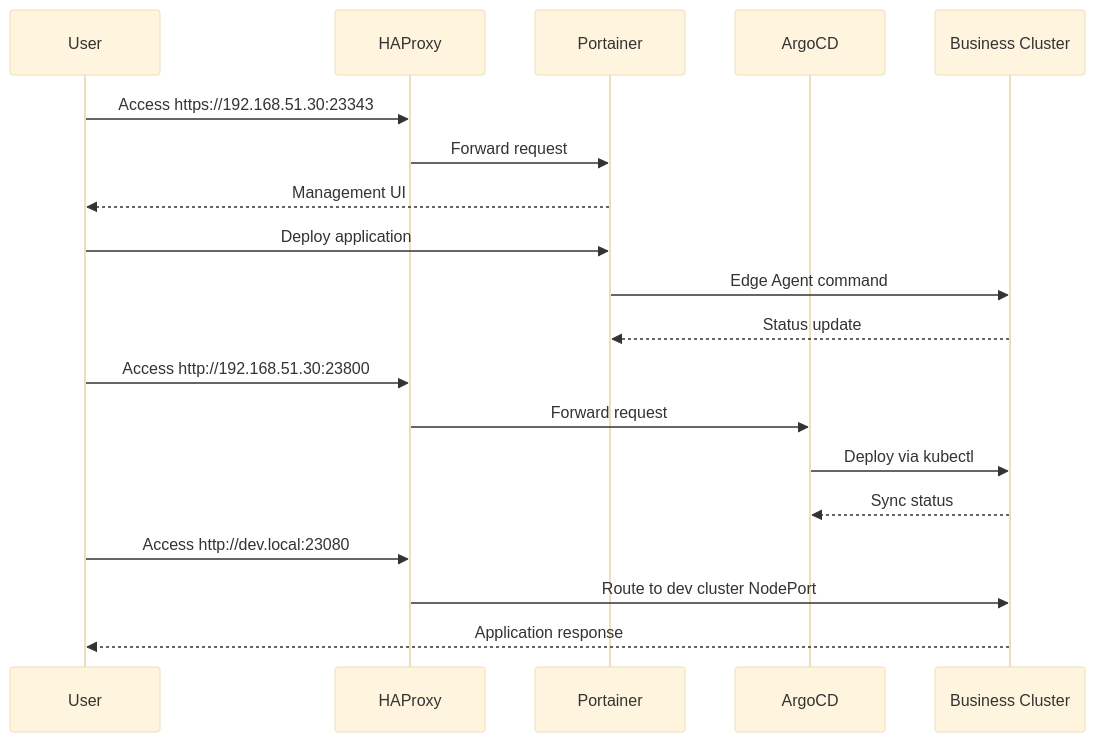
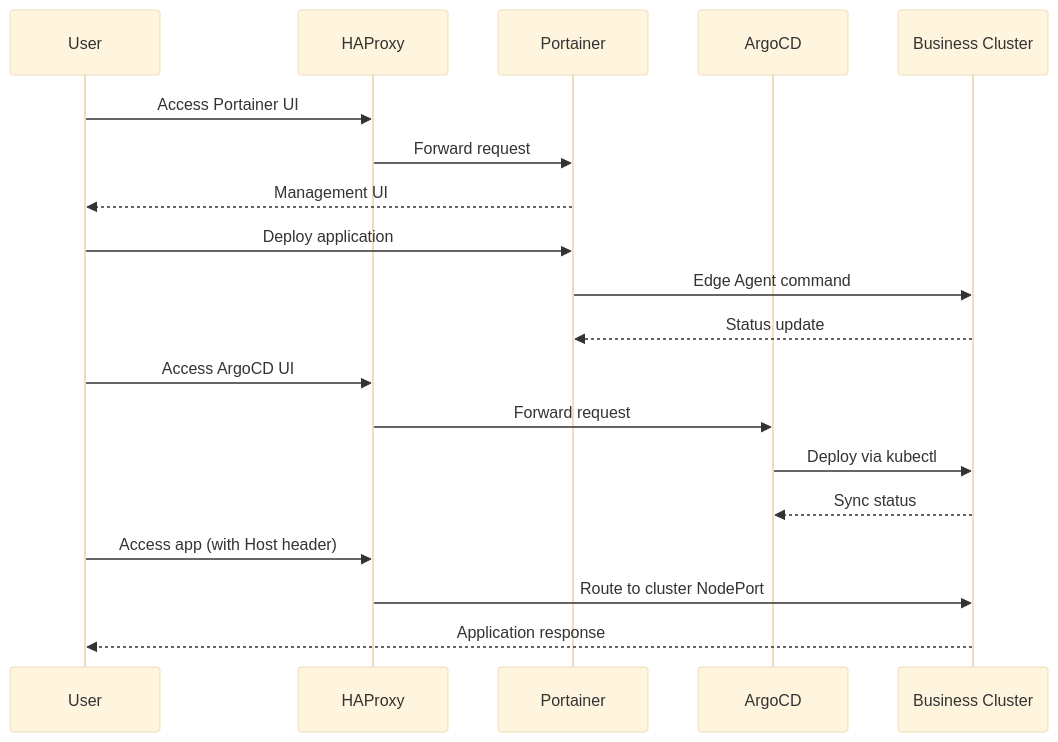
The second of 2 diagrams in README.md (HofmannHe/Kindler), drawn with Mermaid (base theme) before and after one commit. The commit also changed other lines of this file and 1 other file, not shown here.

First line of the commit message:
docs: 优化架构图和配置说明的可配置性描述

````diff
--- a/README.md
+++ b/README.md
@@ -91,25 +72,25 @@
 ```mermaid
 sequenceDiagram
     participant User
     participant HAProxy
     participant Portainer
     participant ArgoCD
     participant K8sCluster as Business Cluster
 
-    User->>HAProxy: Access https://192.168.51.30:23343
+    User->>HAProxy: Access Portainer UI
     HAProxy->>Portainer: Forward request
     Portainer-->>User: Management UI
 
     User->>Portainer: Deploy application
     Portainer->>K8sCluster: Edge Agent command
     K8sCluster-->>Portainer: Status update
 
-    User->>HAProxy: Access http://192.168.51.30:23800
+    User->>HAProxy: Access ArgoCD UI
     HAProxy->>ArgoCD: Forward request
     ArgoCD->>K8sCluster: Deploy via kubectl
     K8sCluster-->>ArgoCD: Sync status
 
-    User->>HAProxy: Access http://dev.local:23080
-    HAProxy->>K8sCluster: Route to dev cluster NodePort
+    User->>HAProxy: Access app (with Host header)
+    HAProxy->>K8sCluster: Route to cluster NodePort
     K8sCluster-->>User: Application response
 ```
````
